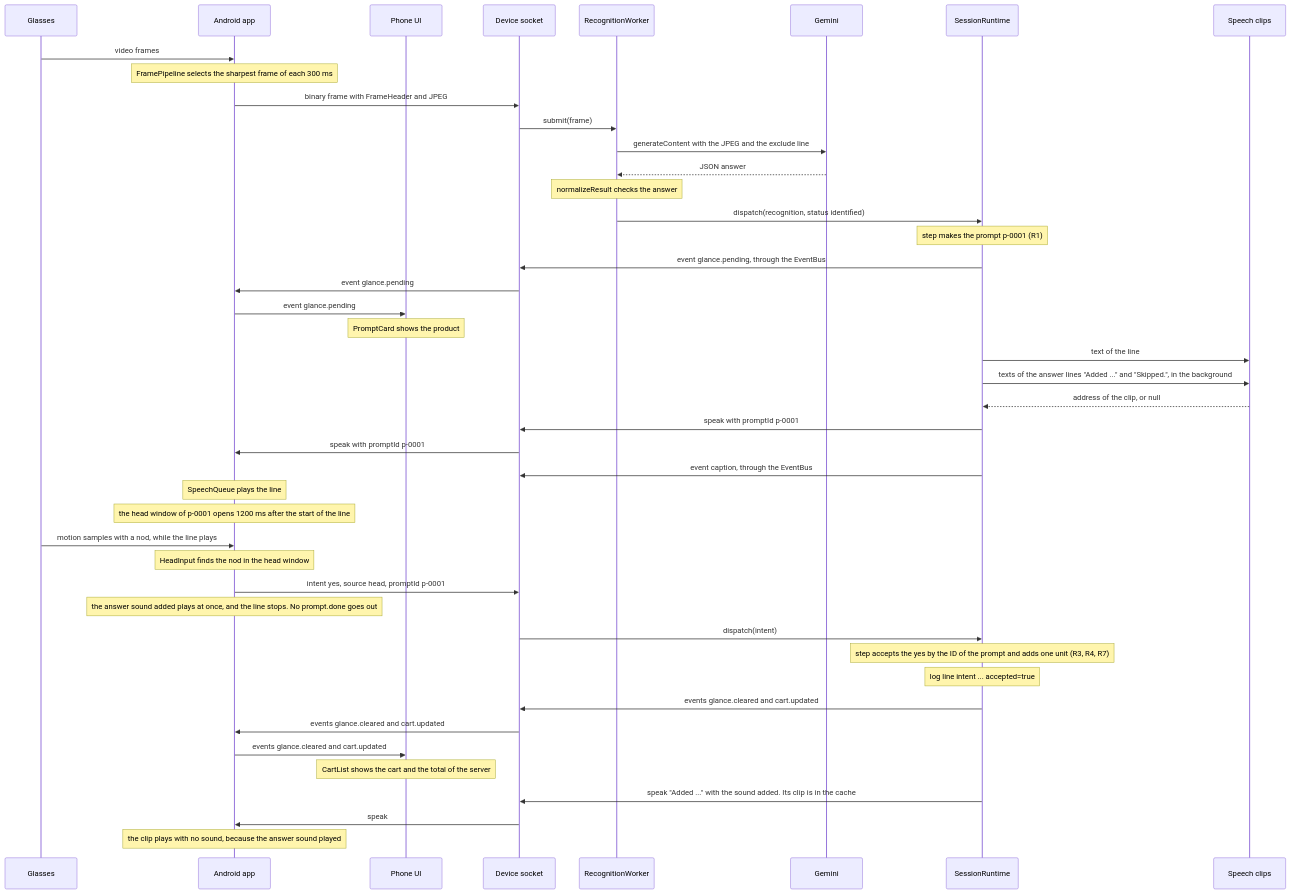
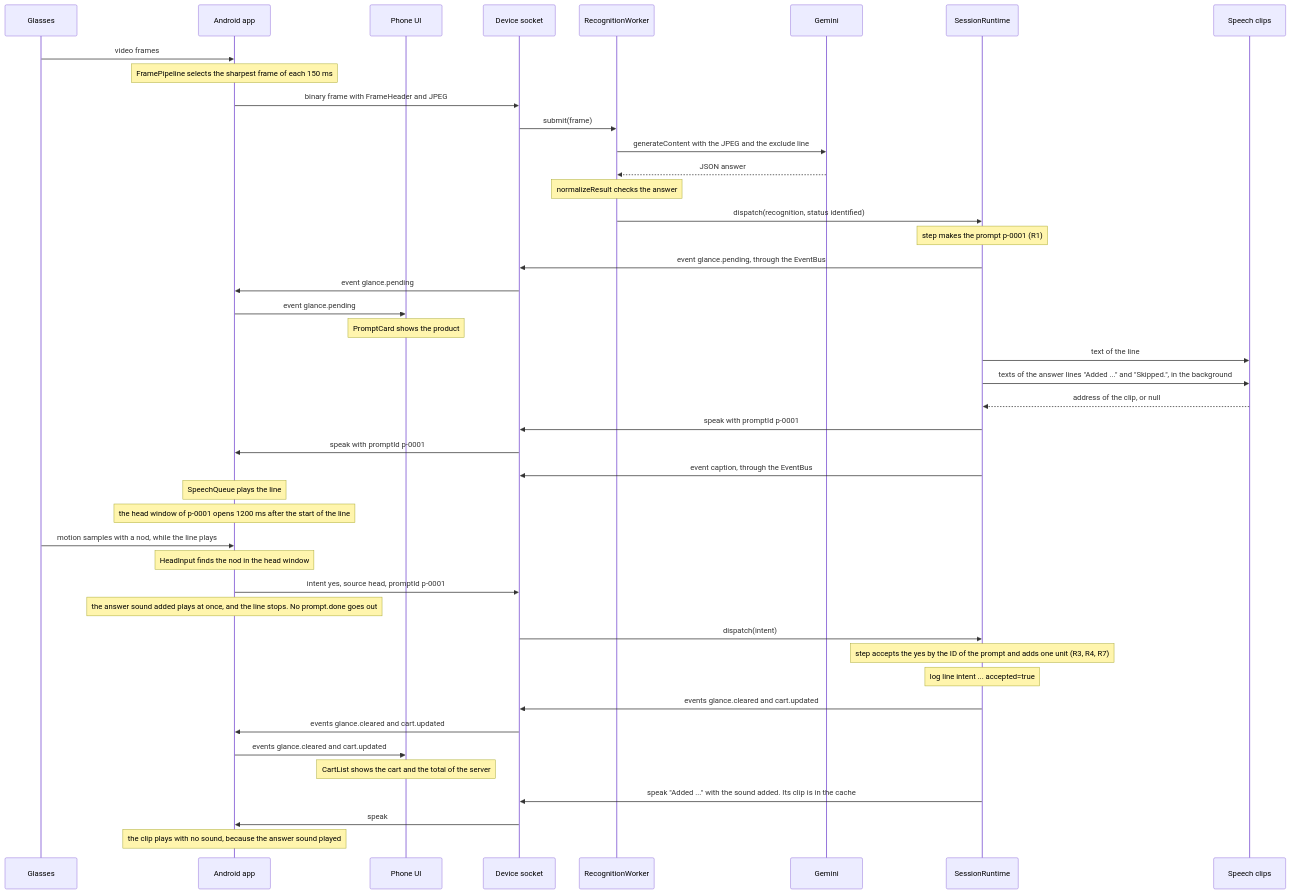
The second of 13 diagrams in docs/architecture.md (mrBymax/glance), drawn with Mermaid before and after one commit. The commit also changed other lines of this file and 10 other files, not shown here.

First line of the commit message:
feat: upload a frame each 150 ms

````diff
--- a/docs/architecture.md
+++ b/docs/architecture.md
@@ -135,47 +135,47 @@
 ```mermaid
 sequenceDiagram
   participant Glasses
   participant App as Android app
   participant Page as Phone UI
   participant Socket as Device socket
   participant Worker as RecognitionWorker
   participant Gemini
   participant Runtime as SessionRuntime
   participant Clips as Speech clips
 
   Glasses->>App: video frames
-  Note over App: FramePipeline selects the sharpest frame of each 300 ms
+  Note over App: FramePipeline selects the sharpest frame of each 150 ms
   App->>Socket: binary frame with FrameHeader and JPEG
   Socket->>Worker: submit(frame)
   Worker->>Gemini: generateContent with the JPEG and the exclude line
   Gemini-->>Worker: JSON answer
   Note over Worker: normalizeResult checks the answer
   Worker->>Runtime: dispatch(recognition, status identified)
   Note over Runtime: step makes the prompt p-0001 (R1)
   Runtime->>Socket: event glance.pending, through the EventBus
   Socket->>App: event glance.pending
   App->>Page: event glance.pending
   Note over Page: PromptCard shows the product
   Runtime->>Clips: text of the line
   Runtime->>Clips: texts of the answer lines "Added ..." and "Skipped.", in the background
   Clips-->>Runtime: address of the clip, or null
   Runtime->>Socket: speak with promptId p-0001
   Socket->>App: speak with promptId p-0001
   Runtime->>Socket: event caption, through the EventBus
   Note over App: SpeechQueue plays the line
   Note over App: the head window of p-0001 opens 1200 ms after the start of the line
   Glasses->>App: motion samples with a nod, while the line plays
   Note over App: HeadInput finds the nod in the head window
   App->>Socket: intent yes, source head, promptId p-0001
   Note over App: the answer sound added plays at once, and the line stops. No prompt.done goes out
   Socket->>Runtime: dispatch(intent)
   Note over Runtime: step accepts the yes by the ID of the prompt and adds one unit (R3, R4, R7)
   Note over Runtime: log line intent ... accepted=true
   Runtime->>Socket: events glance.cleared and cart.updated
   Socket->>App: events glance.cleared and cart.updated
   App->>Page: events glance.cleared and cart.updated
   Note over Page: CartList shows the cart and the total of the server
   Runtime->>Socket: speak "Added ..." with the sound added. Its clip is in the cache
   Socket->>App: speak
   Note over App: the clip plays with no sound, because the answer sound played
 ```
````
